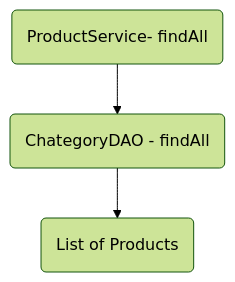
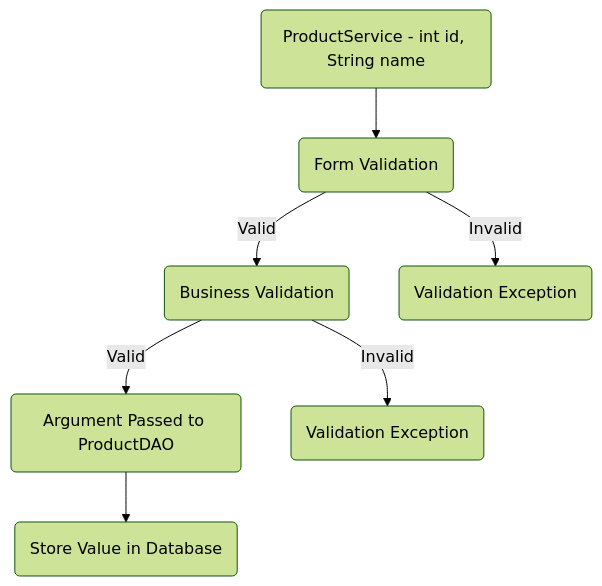
Before and after one commit to fssa-batch3/sec_b_bhavanasi.ramalinga__corejava_project_2: the sixth of 8 diagrams in README.md, drawn with Mermaid (forest theme). The commit also changed other lines of this file, not shown here.

````diff
--- a/README.md
+++ b/README.md
@@ -382,7 +380,13 @@
 ```mermaid  
 
 graph TD;  
+A(ProductService - int id, String name) --> B(Form Validation) -- Valid --> C(Business Validation)  
+B -- Invalid -->  G(Validation Exception)
 
-A(ProductService- findAll) --> B(ChategoryDAO - findAll) --> C(List of Products) 
+C -- Valid --> D(Argument Passed to ProductDAO)  
+
+D --> E(Store Value in Database)  
+
+C -- Invalid --> F(Validation Exception)  
 
 ```
````
